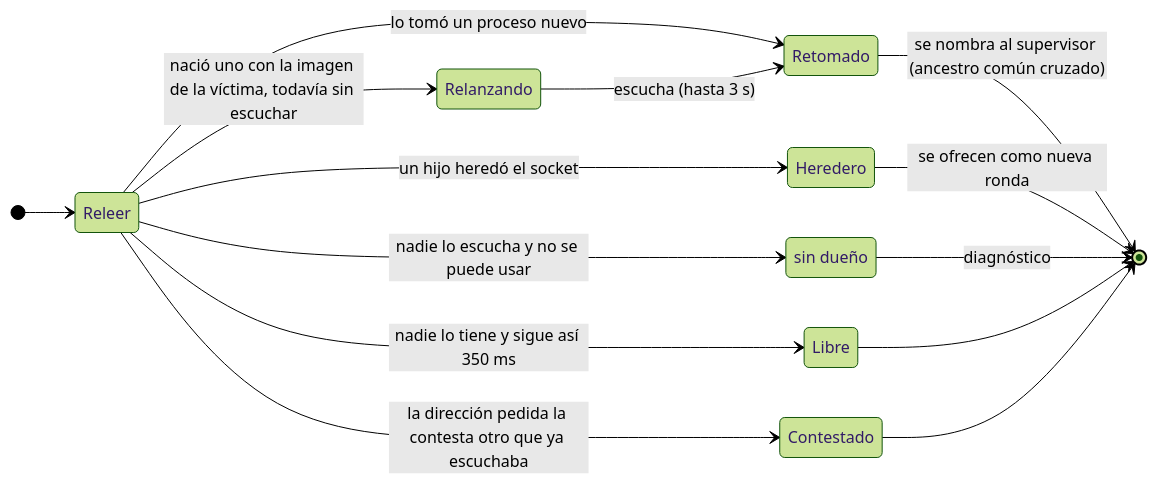
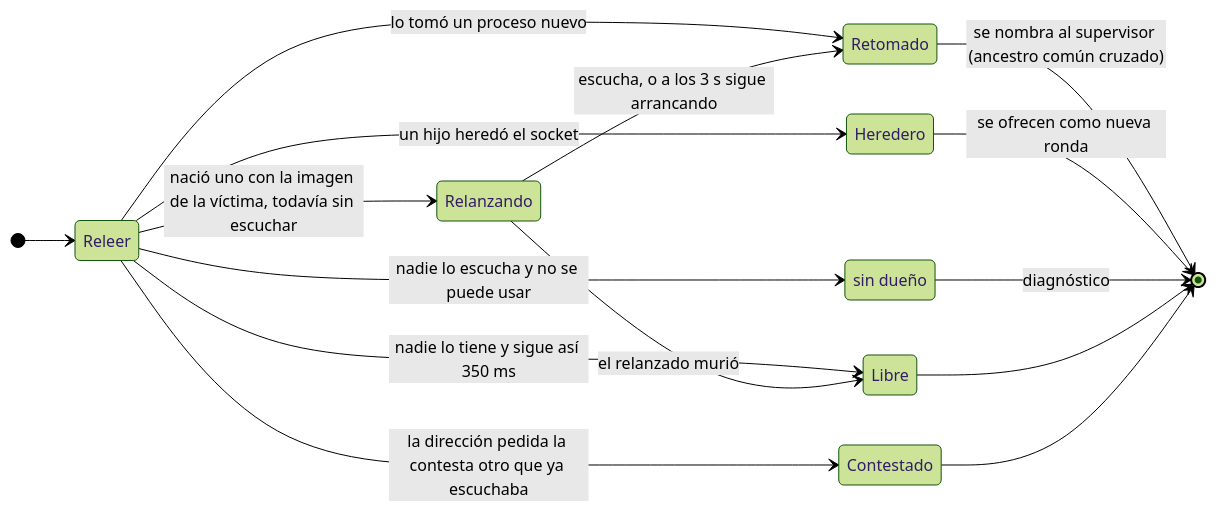
Before and after one commit to agustinyarrus/killport: the fifth of 6 diagrams in README.md, drawn with Mermaid (forest theme). The commit also changed other lines of this file and 5 other files, not shown here.

````diff
--- a/README.md
+++ b/README.md
@@ -699,18 +705,19 @@
 ```mermaid
 stateDiagram-v2
     direction LR
     state "sin dueño" as SinDueno
     [*] --> Releer
     Releer --> Libre: nadie lo tiene y sigue así 350 ms
     Releer --> Heredero: un hijo heredó el socket
     Releer --> Retomado: lo tomó un proceso nuevo
     Releer --> Relanzando: nació uno con la imagen de la víctima, todavía sin escuchar
     Releer --> Contestado: la dirección pedida la contesta otro que ya escuchaba
     Releer --> SinDueno: nadie lo escucha y no se puede usar
-    Relanzando --> Retomado: escucha (hasta 3 s)
+    Relanzando --> Retomado: escucha, o a los 3 s sigue arrancando
+    Relanzando --> Libre: el relanzado murió
     Retomado --> [*]: se nombra al supervisor (ancestro común cruzado)
     Heredero --> [*]: se ofrecen como nueva ronda
     SinDueno --> [*]: diagnóstico
     Libre --> [*]
     Contestado --> [*]
 ```
````
